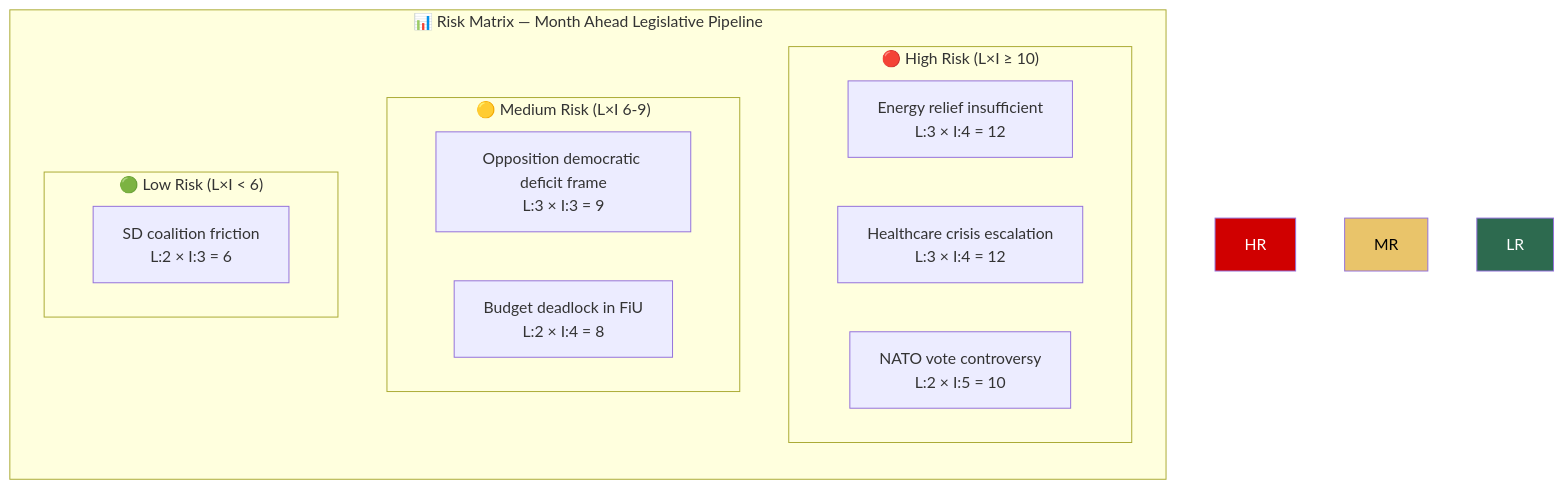
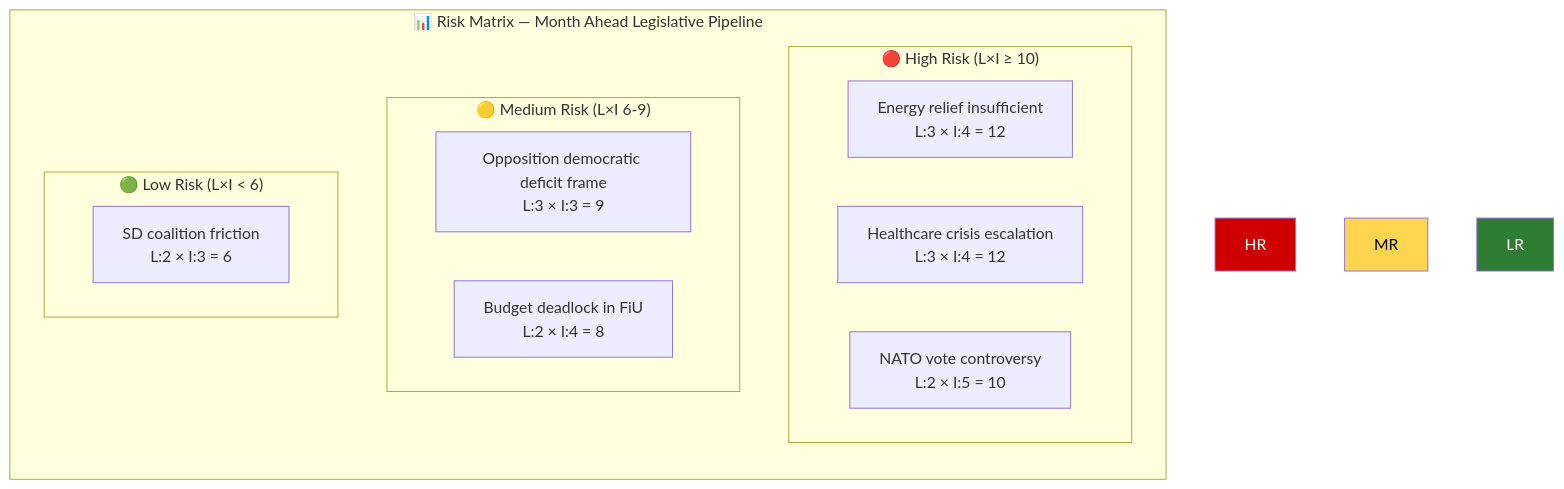
The diagram in analysis/daily/2026-04-13/month-ahead/risk-assessment.md (Hack23/riksdagsmonitor), drawn with Mermaid before and after one commit. The commit also changed 121 other files, not shown here.

````diff
--- a/analysis/daily/2026-04-13/month-ahead/risk-assessment.md
+++ b/analysis/daily/2026-04-13/month-ahead/risk-assessment.md
@@ -15,21 +15,21 @@
 ```mermaid
 graph TD
     subgraph "📊 Risk Matrix — Month Ahead Legislative Pipeline"
         direction TB
         subgraph "🔴 High Risk (L×I ≥ 10)"
             style HR fill:#d00000,color:#FFFFFF
             R1["Energy relief insufficient<br/>L:3 × I:4 = 12"]
             R2["Healthcare crisis escalation<br/>L:3 × I:4 = 12"]
             R3["NATO vote controversy<br/>L:2 × I:5 = 10"]
         end
         subgraph "🟡 Medium Risk (L×I 6-9)"
-            style MR fill:#e9c46a,color:#000000
+            style MR fill:#FFD54F,color:#000000
             R4["Opposition democratic deficit frame<br/>L:3 × I:3 = 9"]
             R5["Budget deadlock in FiU<br/>L:2 × I:4 = 8"]
         end
         subgraph "🟢 Low Risk (L×I < 6)"
-            style LR fill:#2d6a4f,color:#FFFFFF
+            style LR fill:#2E7D32,color:#FFFFFF
             R6["SD coalition friction<br/>L:2 × I:3 = 6"]
         end
     end
 ```
````
